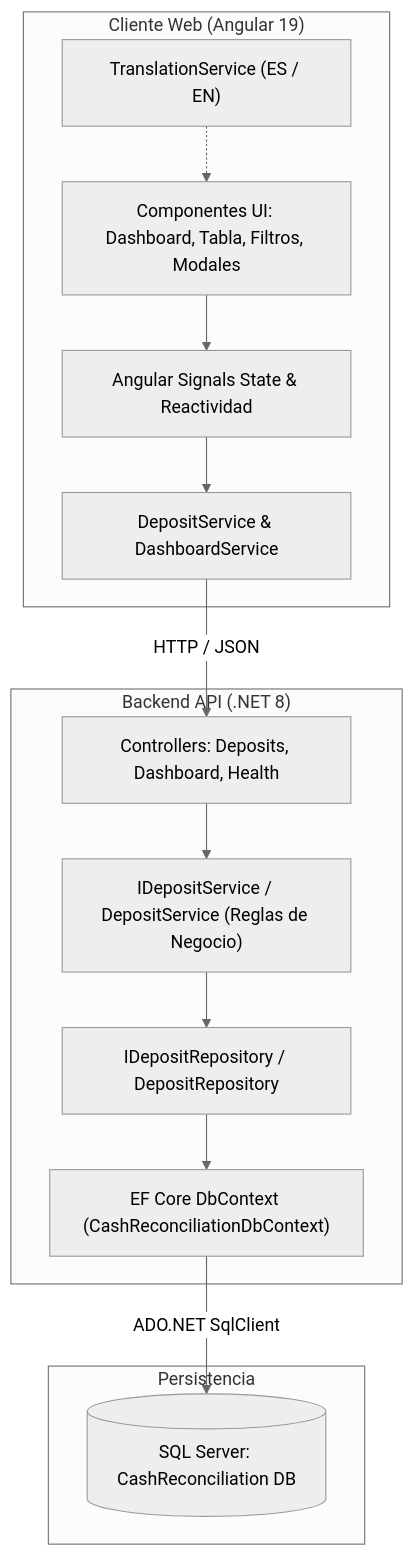
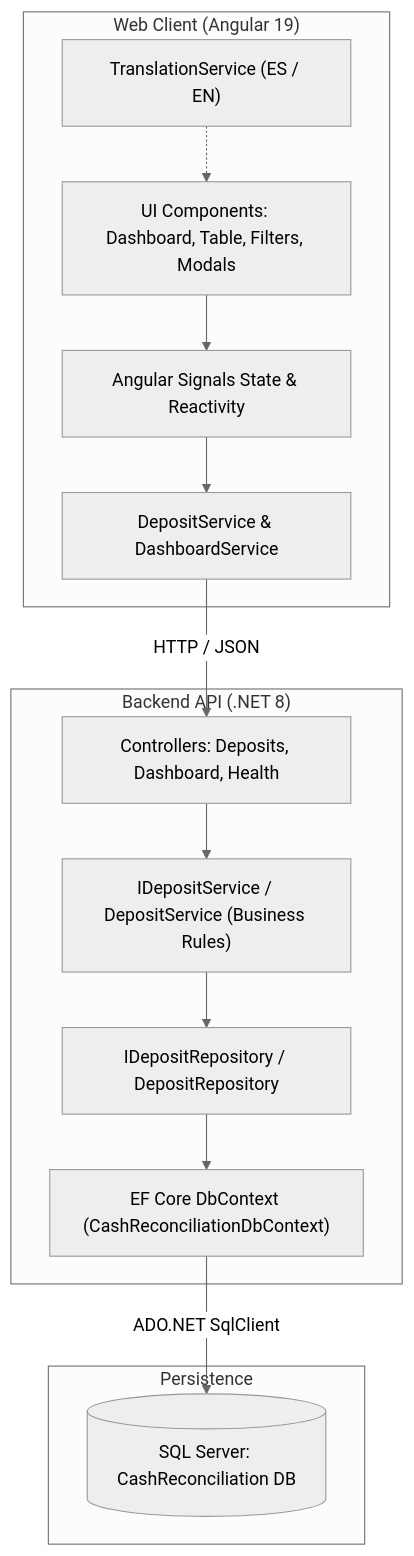
One commit to JavTekOficial/Cash-Reconciliation-Portal changed the diagram in README.md. Above: the diagram before and after it, drawn with Mermaid (neutral theme). The commit also changed other lines of this file and 8 other files, not shown here.

````diff
--- a/README.md
+++ b/README.md
@@ -57,29 +69,29 @@
 ```mermaid
 flowchart TD
-    subgraph ClientLayer ["Cliente Web (Angular 19)"]
-        UI["Componentes UI: Dashboard, Tabla, Filtros, Modales"]
-        Signals["Angular Signals State & Reactividad"]
+    subgraph ClientLayer ["Web Client (Angular 19)"]
+        UI["UI Components: Dashboard, Table, Filters, Modals"]
+        Signals["Angular Signals State & Reactivity"]
         i18n["TranslationService (ES / EN)"]
         HttpServices["DepositService & DashboardService"]
     end
 
     subgraph ApiLayer ["Backend API (.NET 8)"]
         Controllers["Controllers: Deposits, Dashboard, Health"]
-        ServiceLayer["IDepositService / DepositService (Reglas de Negocio)"]
+        ServiceLayer["IDepositService / DepositService (Business Rules)"]
         RepoLayer["IDepositRepository / DepositRepository"]
         DbContext["EF Core DbContext (CashReconciliationDbContext)"]
     end
 
-    subgraph DatabaseLayer ["Persistencia"]
+    subgraph DatabaseLayer ["Persistence"]
         SqlServer[("SQL Server: CashReconciliation DB")]
     end
 
     UI --> Signals
     Signals --> HttpServices
     i18n -.-> UI
     HttpServices -->|HTTP / JSON| Controllers
     Controllers --> ServiceLayer
     ServiceLayer --> RepoLayer
     RepoLayer --> DbContext
     DbContext -->|ADO.NET SqlClient| SqlServer
 ```
````
